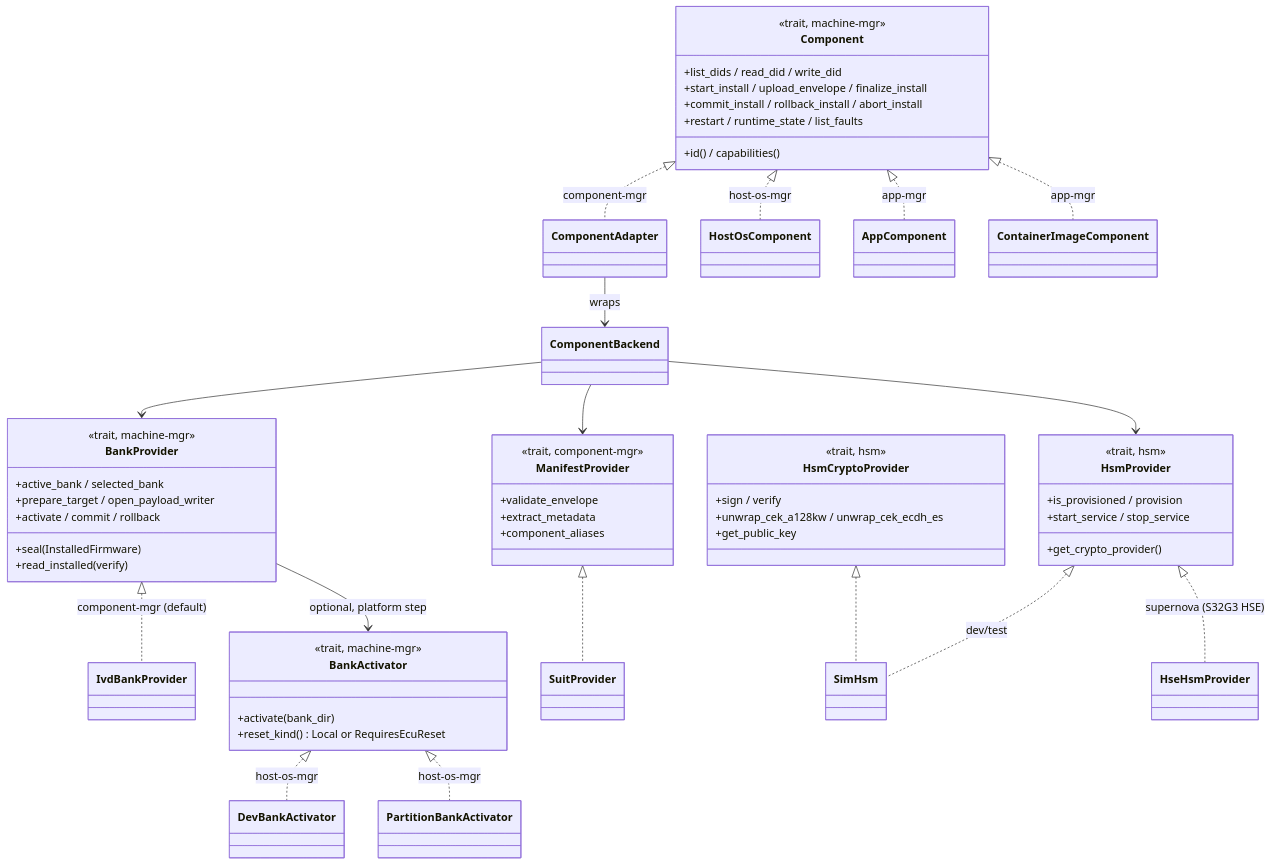
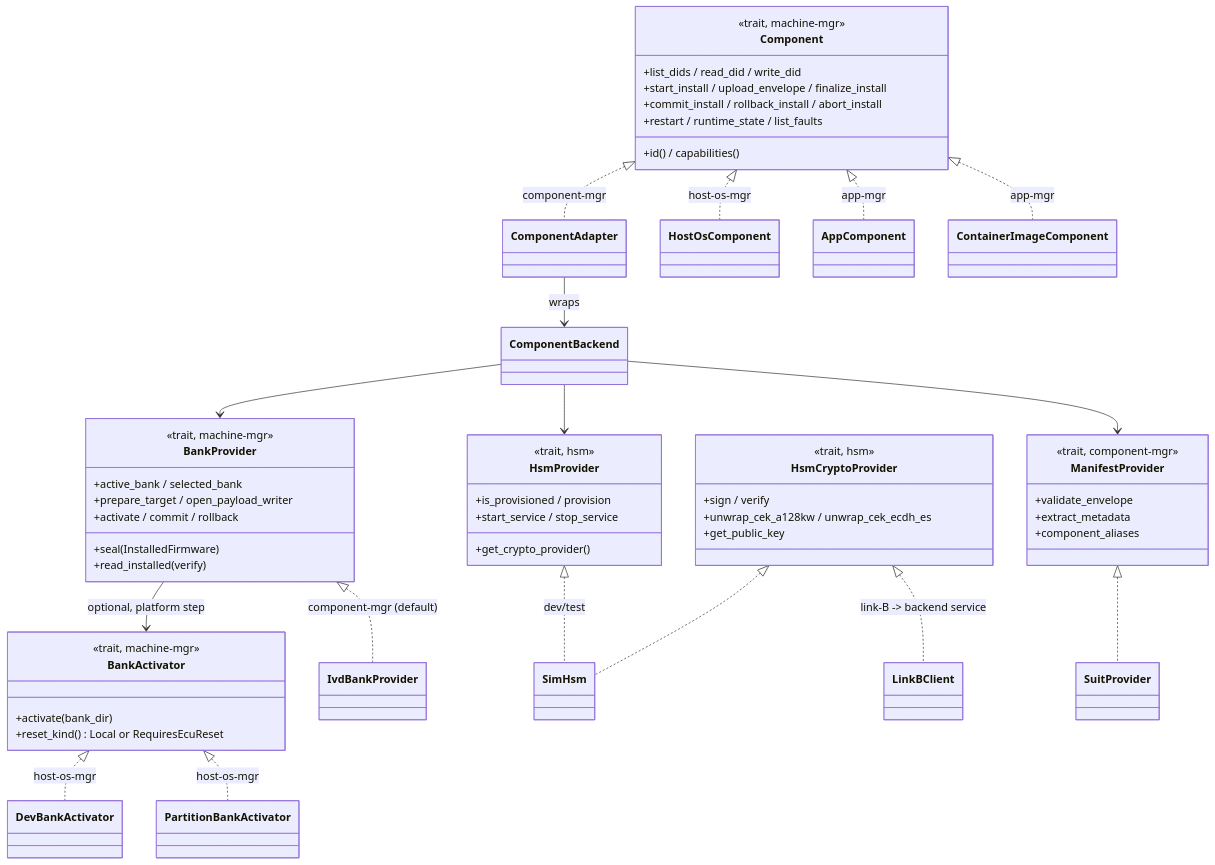
Before and after one commit to sdv-playground/sumo-machine-manager: the second of 5 diagrams in ARCHITECTURE.md, drawn with Mermaid. The commit also changed other lines of this file and 2 other files, not shown here.

First line of the commit message:
docs(sumo-mm): repoint HSM-hardware refs to the link-B model (Stage 5)

````diff
--- a/ARCHITECTURE.md
+++ b/ARCHITECTURE.md
@@ -83,58 +83,58 @@
 ```mermaid
 classDiagram
     class Component {
         <<trait, machine-mgr>>
         +id() / capabilities()
         +list_dids / read_did / write_did
         +start_install / upload_envelope / finalize_install
         +commit_install / rollback_install / abort_install
         +restart / runtime_state / list_faults
     }
     class BankProvider {
         <<trait, machine-mgr>>
         +active_bank / selected_bank
         +prepare_target / open_payload_writer
         +seal(InstalledFirmware)
         +read_installed (verify)
         +activate / commit / rollback
     }
     class BankActivator {
         <<trait, machine-mgr>>
         +activate(bank_dir)
         +reset_kind() Local or RequiresEcuReset
     }
     class HsmProvider {
         <<trait, hsm>>
         +is_provisioned / provision
         +start_service / stop_service
         +get_crypto_provider()
     }
     class HsmCryptoProvider {
         <<trait, hsm>>
         +sign / verify
         +unwrap_cek_a128kw / unwrap_cek_ecdh_es
         +get_public_key
     }
     class ManifestProvider {
         <<trait, component-mgr>>
         +validate_envelope
         +extract_metadata
         +component_aliases
     }
     Component <|.. ComponentAdapter : component-mgr
     Component <|.. HostOsComponent : host-os-mgr
     Component <|.. AppComponent : app-mgr
     Component <|.. ContainerImageComponent : app-mgr
     ComponentAdapter --> ComponentBackend : wraps
     ComponentBackend --> BankProvider
     ComponentBackend --> ManifestProvider
     ComponentBackend --> HsmProvider
     BankProvider <|.. IvdBankProvider : component-mgr (default)
     BankProvider --> BankActivator : optional, platform step
     BankActivator <|.. DevBankActivator : host-os-mgr
     BankActivator <|.. PartitionBankActivator : host-os-mgr
     HsmProvider <|.. SimHsm : dev/test
-    HsmProvider <|.. HseHsmProvider : supernova (S32G3 HSE)
     HsmCryptoProvider <|.. SimHsm
+    HsmCryptoProvider <|.. LinkBClient : link-B -> backend service
     ManifestProvider <|.. SuitProvider
 ```
````
